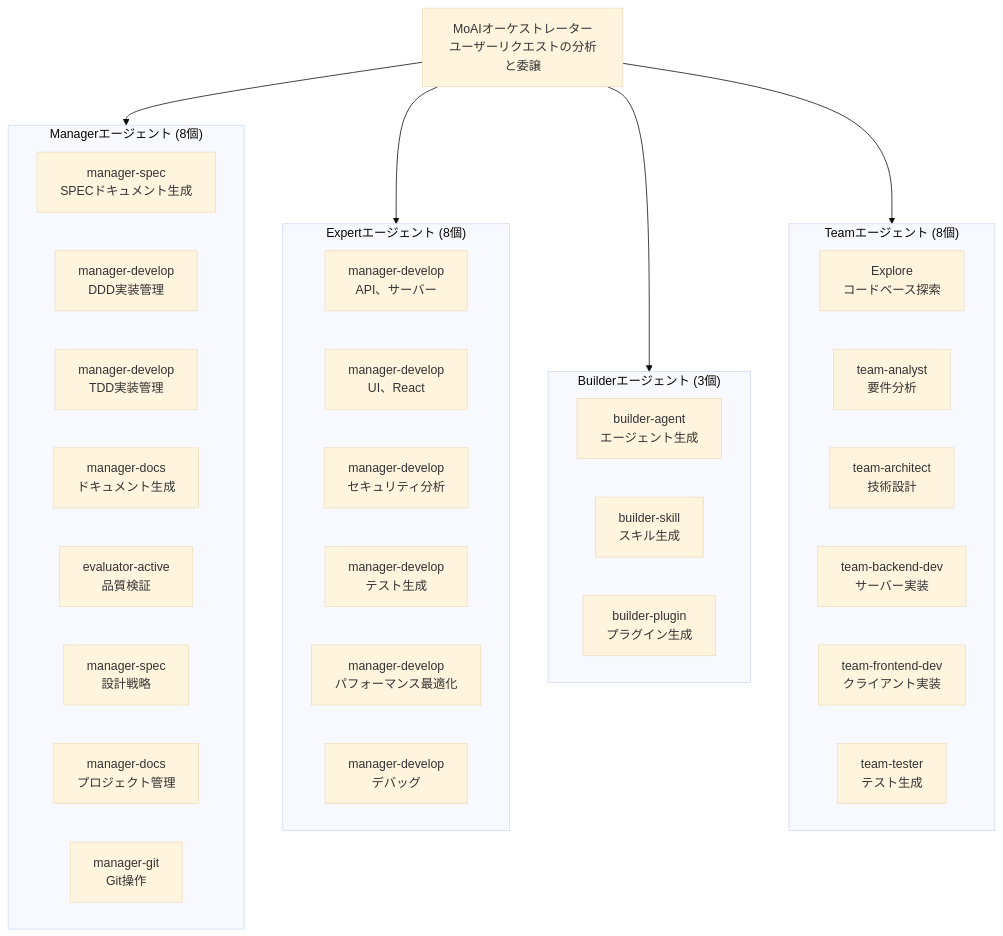
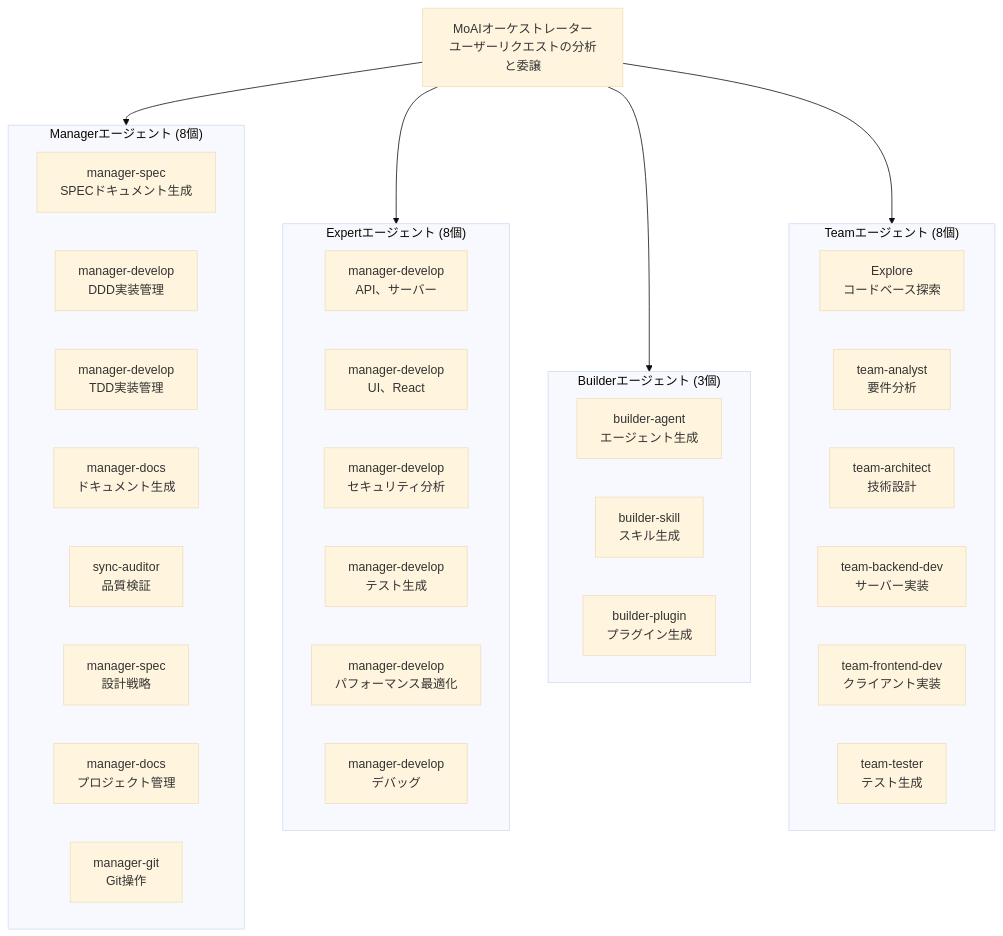
Before and after one commit to modu-ai/moai-adk: the third of 6 diagrams in docs-site/content/ja/core-concepts/what-is-moai-adk.md, drawn with Mermaid (base theme). The commit also changed other lines of this file and 149 other files, not shown here.

First line of the commit message:
chore(agents): evaluator-active를 sync-auditor로 rename (plan-auditor phase 대칭)

````diff
--- a/docs-site/content/ja/core-concepts/what-is-moai-adk.md
+++ b/docs-site/content/ja/core-concepts/what-is-moai-adk.md
@@ -237,44 +237,44 @@
 ```mermaid
 flowchart TD
     MoAI["MoAIオーケストレーター\nユーザーリクエストの分析と委譲"]
 
     subgraph Managers["Managerエージェント (8個)"]
         M1["manager-spec\nSPECドキュメント生成"]
         M2["manager-develop\nDDD実装管理"]
         M3["manager-develop\nTDD実装管理"]
         M4["manager-docs\nドキュメント生成"]
-        M5["evaluator-active\n品質検証"]
+        M5["sync-auditor\n品質検証"]
         M6["manager-spec\n設計戦略"]
         M7["manager-docs\nプロジェクト管理"]
         M8["manager-git\nGit操作"]
     end
 
     subgraph Experts["Expertエージェント (8個)"]
         E1["manager-develop\nAPI、サーバー"]
         E2["manager-develop\nUI、React"]
         E3["manager-develop\nセキュリティ分析"]
         E4["manager-develop\nテスト生成"]
         E5["manager-develop\nパフォーマンス最適化"]
         E6["manager-develop\nデバッグ"]
     end
 
     subgraph Builders["Builderエージェント (3個)"]
         B1["builder-agent\nエージェント生成"]
         B2["builder-skill\nスキル生成"]
         B3["builder-plugin\nプラグイン生成"]
     end
 
     subgraph Teams["Teamエージェント (8個)"]
         T1["Explore\nコードベース探索"]
         T2["team-analyst\n要件分析"]
         T3["team-architect\n技術設計"]
         T4["team-backend-dev\nサーバー実装"]
         T5["team-frontend-dev\nクライアント実装"]
         T6["team-tester\nテスト生成"]
     end
 
     MoAI --> Managers
     MoAI --> Experts
     MoAI --> Builders
     MoAI --> Teams
 ```
````
